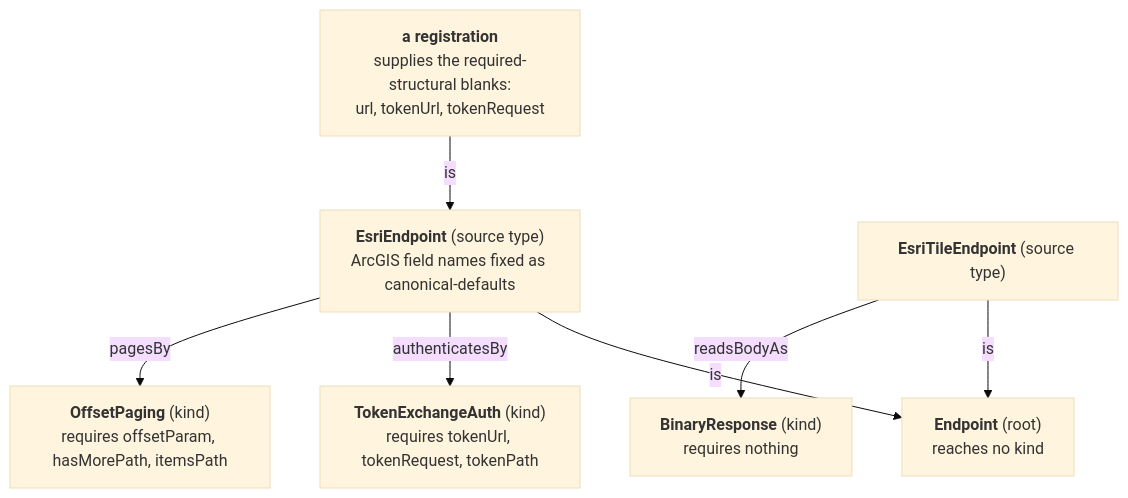
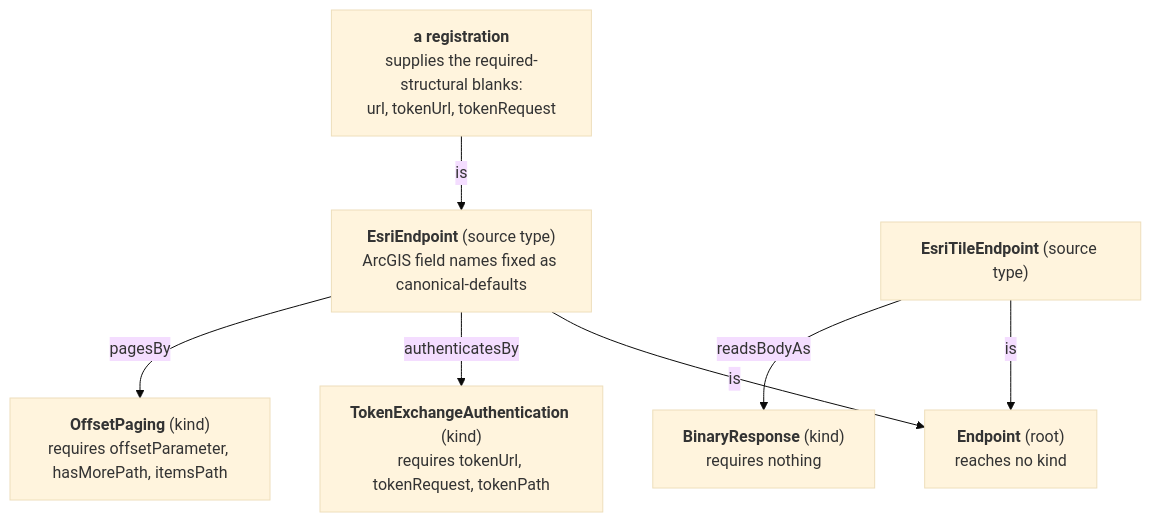
Before and after one commit to ReGen-Villages/VillageOS-API: the diagram in docs/TRIBUTARY.md, drawn with Mermaid (base theme). The commit also changed other lines of this file and 1 other file, not shown here.

````diff
--- a/docs/TRIBUTARY.md
+++ b/docs/TRIBUTARY.md
@@ -25,15 +25,15 @@
 ```mermaid
 flowchart TB
     Endpoint["<b>Endpoint</b> (root)<br/>reaches no kind"]
     Esri["<b>EsriEndpoint</b> (source type)<br/>ArcGIS field names fixed as canonical-defaults"]
     Tile["<b>EsriTileEndpoint</b> (source type)"]
     Reg["<b>a registration</b><br/>supplies the required-structural blanks:<br/>url, tokenUrl, tokenRequest"]
-    Auth["<b>TokenExchangeAuth</b> (kind)<br/>requires tokenUrl, tokenRequest, tokenPath"]
-    Page["<b>OffsetPaging</b> (kind)<br/>requires offsetParam, hasMorePath, itemsPath"]
+    Auth["<b>TokenExchangeAuthentication</b> (kind)<br/>requires tokenUrl, tokenRequest, tokenPath"]
+    Page["<b>OffsetPaging</b> (kind)<br/>requires offsetParameter, hasMorePath, itemsPath"]
     Bin["<b>BinaryResponse</b> (kind)<br/>requires nothing"]
     Reg -->|is| Esri -->|is| Endpoint
     Tile -->|is| Endpoint
     Esri -->|authenticatesBy| Auth
     Esri -->|pagesBy| Page
     Tile -->|readsBodyAs| Bin
 ```
````
